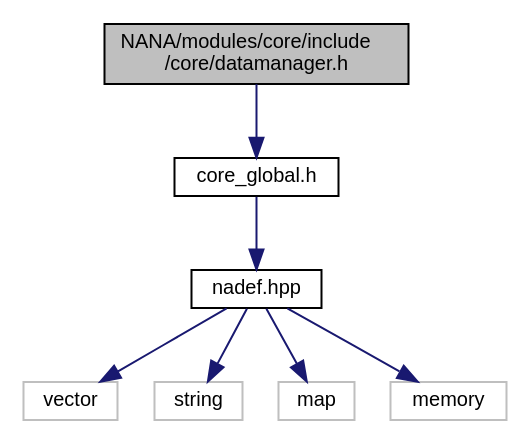
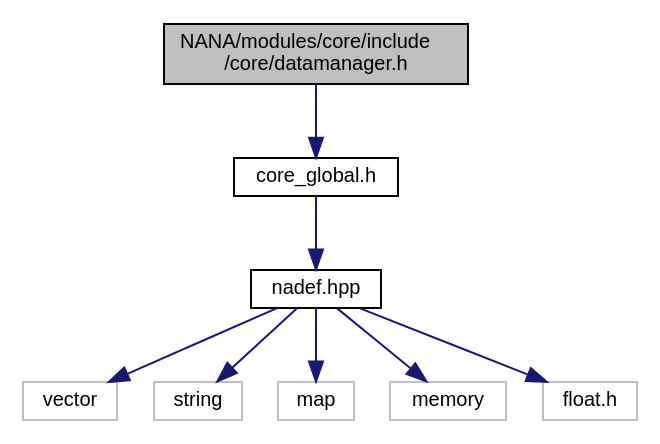
Before and after one commit to YuruTu/NANA: the diagram in docs/datamanager_8h__incl.dot, drawn with Graphviz. The commit also changed 91 other files, not shown here.

```diff
--- a/docs/datamanager_8h__incl.dot
+++ b/docs/datamanager_8h__incl.dot
@@ -1,19 +1,21 @@
 digraph "NANA/modules/core/include/core/datamanager.h"
 {
  // LATEX_PDF_SIZE
   edge [fontname="Helvetica",fontsize="10",labelfontname="Helvetica",labelfontsize="10"];
   node [fontname="Helvetica",fontsize="10",shape=record];
   Node1 [label="NANA/modules/core/include\l/core/datamanager.h",height=0.2,width=0.4,color="black", fillcolor="grey75", style="filled", fontcolor="black",tooltip="实现一个数据管理器"];
   Node1 -> Node2 [color="midnightblue",fontsize="10",style="solid",fontname="Helvetica"];
   Node2 [label="core_global.h",height=0.2,width=0.4,color="black", fillcolor="white", style="filled",URL="$core__global_8h.html",tooltip="全局头文件"];
   Node2 -> Node3 [color="midnightblue",fontsize="10",style="solid",fontname="Helvetica"];
   Node3 [label="nadef.hpp",height=0.2,width=0.4,color="black", fillcolor="white", style="filled",URL="$nadef_8hpp_source.html",tooltip=" "];
   Node3 -> Node4 [color="midnightblue",fontsize="10",style="solid",fontname="Helvetica"];
   Node4 [label="vector",height=0.2,width=0.4,color="grey75", fillcolor="white", style="filled",tooltip=" "];
   Node3 -> Node5 [color="midnightblue",fontsize="10",style="solid",fontname="Helvetica"];
   Node5 [label="string",height=0.2,width=0.4,color="grey75", fillcolor="white", style="filled",tooltip=" "];
   Node3 -> Node6 [color="midnightblue",fontsize="10",style="solid",fontname="Helvetica"];
   Node6 [label="map",height=0.2,width=0.4,color="grey75", fillcolor="white", style="filled",tooltip=" "];
   Node3 -> Node7 [color="midnightblue",fontsize="10",style="solid",fontname="Helvetica"];
   Node7 [label="memory",height=0.2,width=0.4,color="grey75", fillcolor="white", style="filled",tooltip=" "];
+  Node3 -> Node8 [color="midnightblue",fontsize="10",style="solid",fontname="Helvetica"];
+  Node8 [label="float.h",height=0.2,width=0.4,color="grey75", fillcolor="white", style="filled",tooltip=" "];
 }
```
